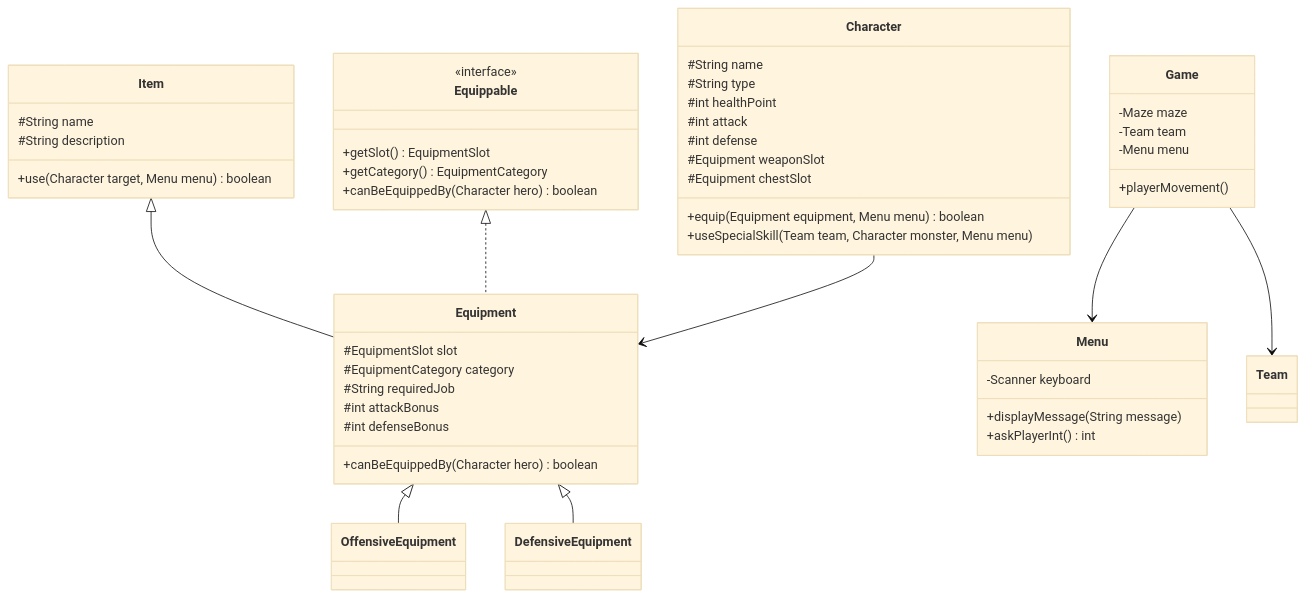
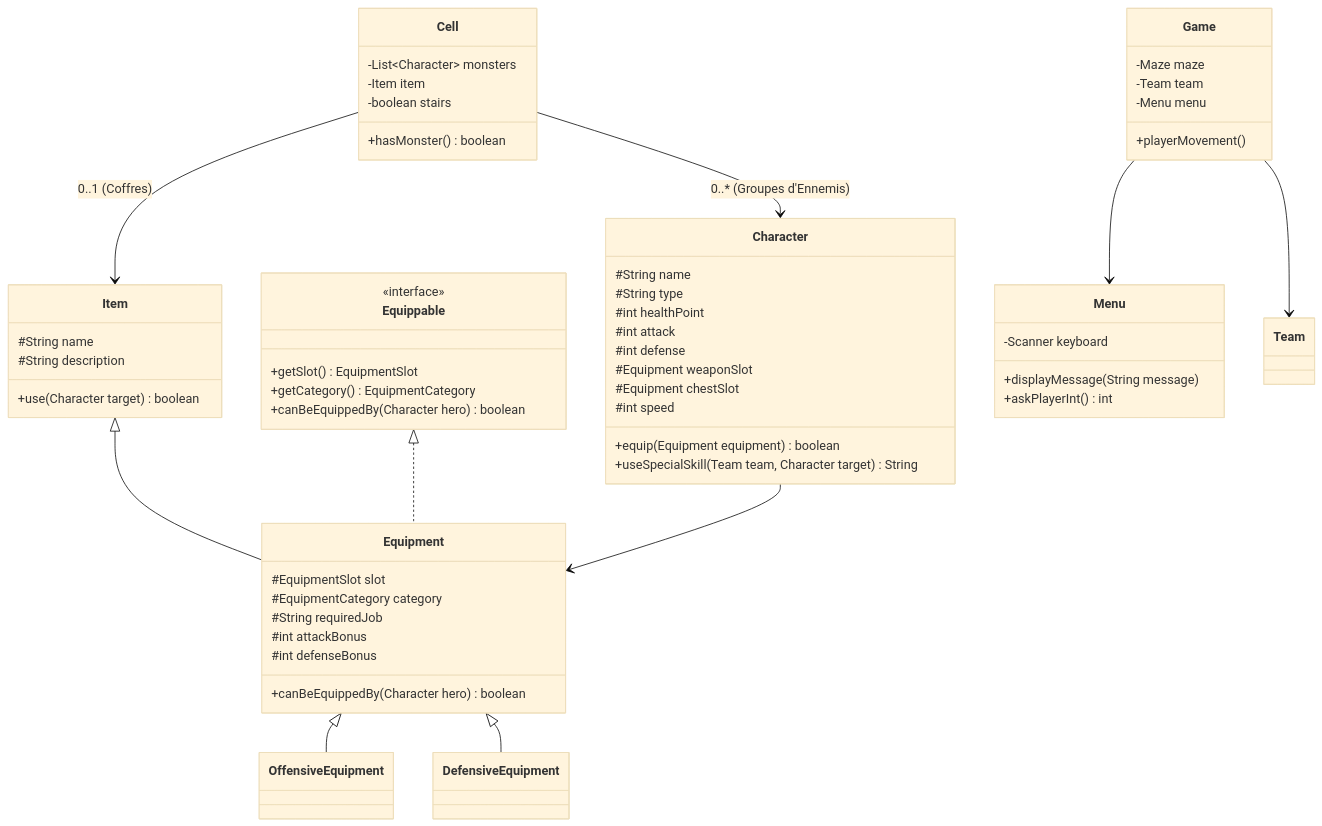
One commit to Edsaje/Donjon_de_Naheulbeuk_Fan_Game changed the second of 2 diagrams in README.md. Above: the diagram before and after it, drawn with Mermaid (base theme). The commit also changed other lines of this file and 23 other files, not shown here.

````diff
--- a/README.md
+++ b/README.md
@@ -44,63 +44,73 @@
 ```mermaid
 classDiagram
     class Item {
         #String name
         #String description
-        +use(Character target, Menu menu) boolean
+        +use(Character target) boolean
     }
 
     class Equippable {
         <<interface>>
         +getSlot() EquipmentSlot
         +getCategory() EquipmentCategory
         +canBeEquippedBy(Character hero) boolean
     }
 
     class Equipment {
         #EquipmentSlot slot
         #EquipmentCategory category
         #String requiredJob
         #int attackBonus
         #int defenseBonus
         +canBeEquippedBy(Character hero) boolean
     }
 
     class OffensiveEquipment {
     }
 
     class DefensiveEquipment {
     }
 
     class Character {
         #String name
         #String type
         #int healthPoint
         #int attack
         #int defense
         #Equipment weaponSlot
         #Equipment chestSlot
-        +equip(Equipment equipment, Menu menu) boolean
-        +useSpecialSkill(Team team, Character monster, Menu menu)
+        #int speed
+        +equip(Equipment equipment) boolean
+        +useSpecialSkill(Team team, Character target) String
+    }
+
+    class Cell {
+        -List~Character~ monsters
+        -Item item
+        -boolean stairs
+        +hasMonster() boolean
     }
 
     class Menu {
         -Scanner keyboard
         +displayMessage(String message)
         +askPlayerInt() int
     }
 
     class Game {
         -Maze maze
         -Team team
         -Menu menu
         +playerMovement()
     }
 
     Item <|-- Equipment
     Equippable <|.. Equipment
     Equipment <|-- OffensiveEquipment
     Equipment <|-- DefensiveEquipment
     Character --> Equipment
     Game --> Menu
     Game --> Team
+    Cell --> Character : 0..* (Groupes d'Ennemis)
+    Cell --> Item : 0..1 (Coffres)
 ```
````
